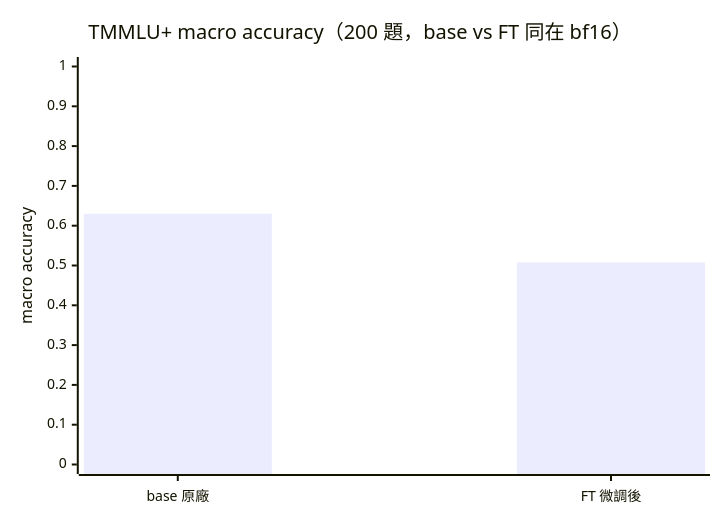
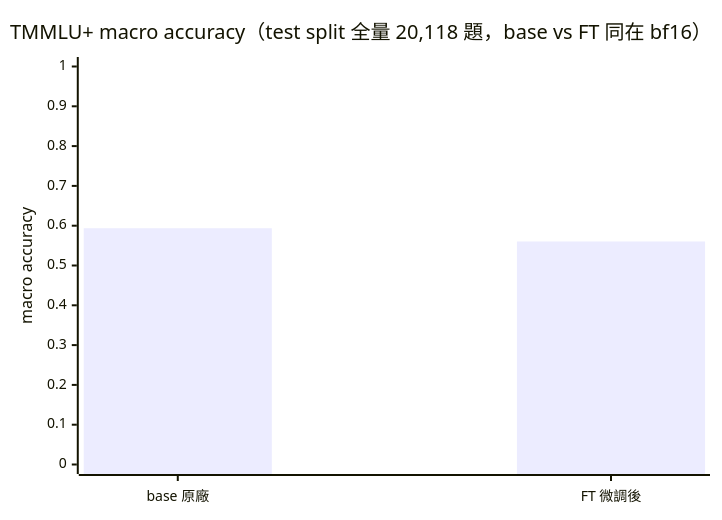
Before and after one commit to kuotunyu/local-llm-lifecycle: the fourth of 4 diagrams in EVAL_REPORT.md, drawn with Mermaid. The commit also changed other lines of this file and 2 other files, not shown here.

First line of the commit message:
docs: 依 TMMLU+ 全量結果改寫結論，並專節記錄舊結論錯在哪

````diff
--- a/EVAL_REPORT.md
+++ b/EVAL_REPORT.md
@@ -124,7 +136,7 @@
 ```mermaid
 xychart-beta
-    title "TMMLU+ macro accuracy（200 題，base vs FT 同在 bf16）"
+    title "TMMLU+ macro accuracy（test split 全量 20,118 題，base vs FT 同在 bf16）"
     x-axis ["base 原廠", "FT 微調後"]
     y-axis "macro accuracy" 0 --> 1
-    bar [0.6301, 0.5076]
+    bar [0.5936, 0.5604]
 ```
````
